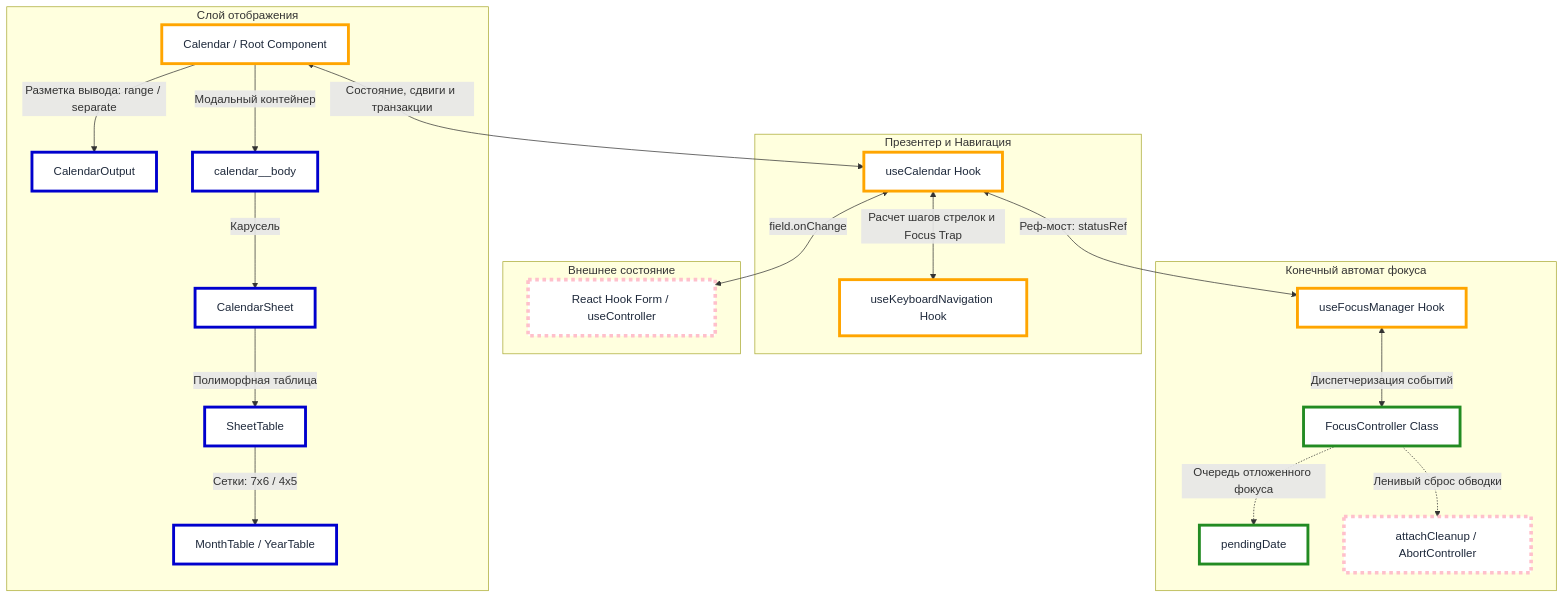
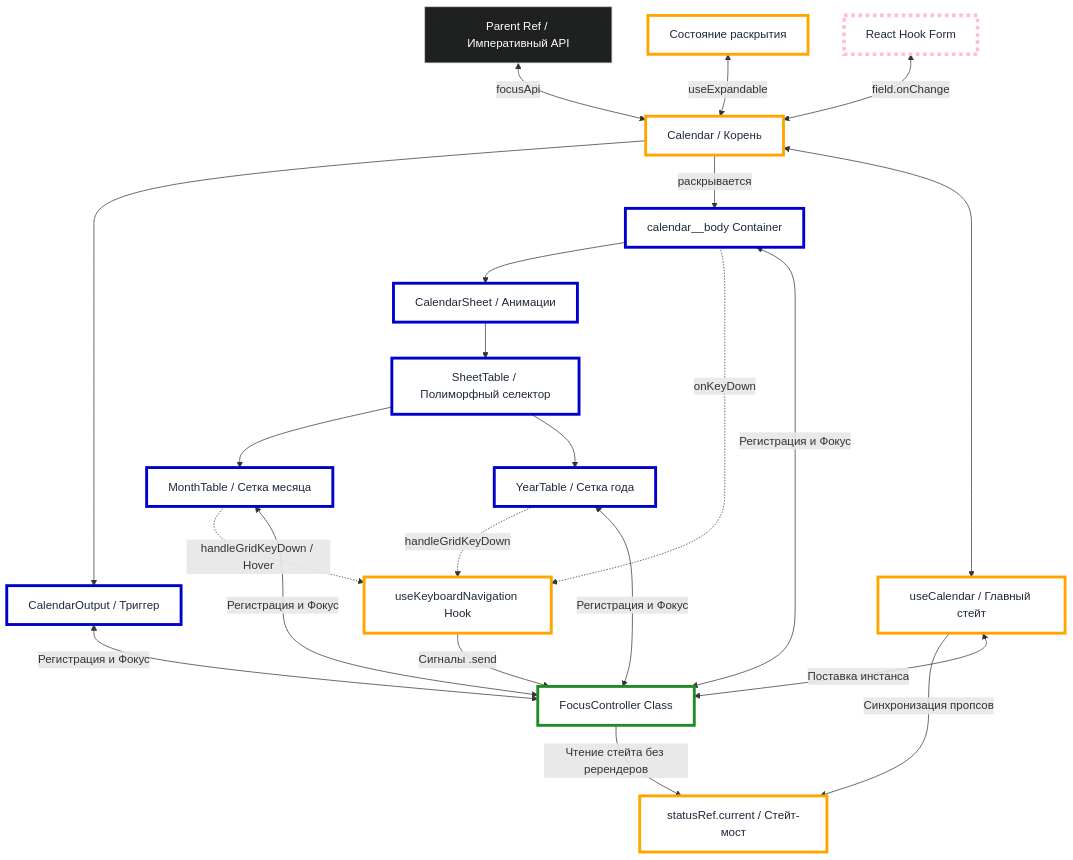
One commit to voxman90/toxin-site-frontend changed the fourth of 4 diagrams in README.md. Above: the diagram before and after it, drawn with Mermaid. The commit also changed other lines of this file, not shown here.

````diff
--- a/README.md
+++ b/README.md
@@ -377,43 +383,50 @@
 ```mermaid
-    graph TD
-        subgraph UI_Layer [Слой отображения]
-            C[Calendar / Root Component] --> |Разметка вывода: range / separate| CO[CalendarOutput]
-            C --> |Модальный контейнер| CB[calendar__body]
-            CB --> |Карусель| CS[CalendarSheet]
-            CS --> |Полиморфная таблица| ST[SheetTable]
-            ST --> |Сетки: 7x6 / 4x5| T[MonthTable / YearTable]
-        end
+graph TD
+    Ref[Parent Ref / Императивный API] <--> |focusApi| C
+    EX[Состояние раскрытия] <--> |useExpandable| C
+    RHF[React Hook Form] <--> |field.onChange| C
 
-        subgraph Logic_Layer [Презентер и Навигация]
-            C <--> |Состояние, сдвиги и транзакции| UC[useCalendar Hook]
-            UC <--> |Расчет шагов стрелок и Focus Trap| UKN[useKeyboardNavigation Hook]
-        end
+    C[Calendar / Корень]
 
-        subgraph External_State [Внешнее состояние]
-            UC <--> |field.onChange| RHF[React Hook Form / useController]
-        end
+    C --> CO[CalendarOutput / Триггер]
+    C --> |раскрывается| CB[calendar__body Container]
+    CB --> CS[CalendarSheet / Анимации]
+    CS --> ST[SheetTable / Полиморфный селектор]
+    ST --> T1[MonthTable / Сетка месяца]
+    ST --> T2[YearTable / Сетка года]
 
-        subgraph Focus_Machine [Конечный автомат фокуса]
-            UC <--> |Реф-мост: statusRef| UFM[useFocusManager Hook]
-            UFM <--> |Диспетчеризация событий| FC[FocusController Class]
-            FC -.-> |Очередь отложенного фокуса| PD[pendingDate]
-            FC -.-> |Ленивый сброс обводки| AC[attachCleanup / AbortController]
-        end
+    C <--> UC[useCalendar / Главный стейт]
+    CB -.-> |onKeyDown| UKN[useKeyboardNavigation Hook]
+    T1 -.-> |handleGridKeyDown / Hover| UKN
+    T2 -.-> |handleGridKeyDown| UKN
 
-        style CO fill:#fff,stroke:mediumblue,stroke-width:4px,color:#1e293b
-        style CB fill:#fff,stroke:mediumblue,stroke-width:4px,color:#1e293b
-        style CS fill:#fff,stroke:mediumblue,stroke-width:4px,color:#1e293b
-        style ST fill:#fff,stroke:mediumblue,stroke-width:4px,color:#1e293b
-        style T fill:#fff,stroke:mediumblue,stroke-width:4px,color:#1e293b
-        
-        style C fill:#fff,stroke:orange,stroke-width:4px,color:#1e293b
-        style UC fill:#fff,stroke:orange,stroke-width:4px,color:#1e293b
-        style UKN fill:#fff,stroke:orange,stroke-width:4px,color:#1e293b
-        style UFM fill:#fff,stroke:orange,stroke-width:4px,color:#1e293b
-        
-        style FC fill:#fff,stroke:forestgreen,stroke-width:4px,color:#1e293b
-        style PD fill:#fff,stroke:forestgreen,stroke-width:4px,color:#1e293b
-        style AC fill:#fff,stroke:pink,stroke-width:5px,stroke-dasharray:5 5,color:#1e293b
+    UC --> |Синхронизация пропсов| SR[statusRef.current / Стейт-мост]
+    UC <--> |Поставка инстанса| FC[FocusController Class]
+    FC --> |Чтение стейта без ререндеров| SR
+    
+    UKN --> |Сигналы .send| FC
 
-        style RHF fill:#fff,stroke:pink,stroke-width:5px,stroke-dasharray:5 5,color:#1e293b
+    CO <--> |Регистрация и Фокус| FC
+    CB <--> |Регистрация и Фокус| FC
+    T1 <--> |Регистрация и Фокус| FC
+    T2 <--> |Регистрация и Фокус| FC
+
+    style Ref fill:#1f2020,stroke:#ccc,stroke-width:1px,color:#fff
+
+    style CO fill:#fff,stroke:mediumblue,stroke-width:4px,color:#1e293b
+    style CB fill:#fff,stroke:mediumblue,stroke-width:4px,color:#1e293b
+    style CS fill:#fff,stroke:mediumblue,stroke-width:4px,color:#1e293b
+    style ST fill:#fff,stroke:mediumblue,stroke-width:4px,color:#1e293b
+    style T1 fill:#fff,stroke:mediumblue,stroke-width:4px,color:#1e293b
+    style T2 fill:#fff,stroke:mediumblue,stroke-width:4px,color:#1e293b
+    
+    style EX fill:#fff,stroke:orange,stroke-width:4px,color:#1e293b
+    style C fill:#fff,stroke:orange,stroke-width:4px,color:#1e293b
+    style UC fill:#fff,stroke:orange,stroke-width:4px,color:#1e293b
+    style UKN fill:#fff,stroke:orange,stroke-width:4px,color:#1e293b
+    style SR fill:#fff,stroke:orange,stroke-width:4px,color:#1e293b
+    
+    style FC fill:#fff,stroke:forestgreen,stroke-width:4px,color:#1e293b
+
+    style RHF fill:#fff,stroke:pink,stroke-width:5px,stroke-dasharray:5 5,color:#1e293b
 ```
````
